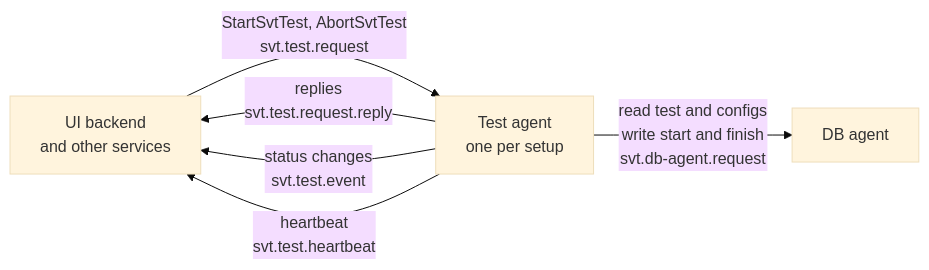
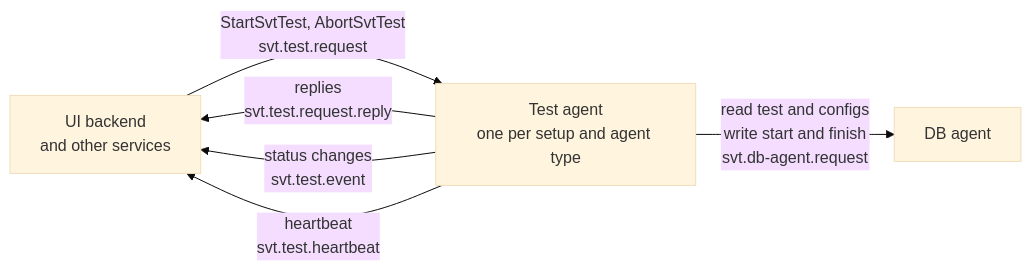
Before and after one commit to SVT-WP2/SVTSW: the first of 8 diagrams in svt-test-session-summary.md, drawn with Mermaid (base theme). The commit also changed other lines of this file and 4 other files, not shown here.

````diff
--- a/svt-test-session-summary.md
+++ b/svt-test-session-summary.md
@@ -50,11 +68,11 @@
 ```mermaid
 flowchart LR
     REQ["UI backend<br/>and other services"]
-    AG["Test agent<br/>one per setup"]
+    AG["Test agent<br/>one per setup and agent type"]
     DB["DB agent"]
     REQ -- "StartSvtTest, AbortSvtTest<br/>svt.test.request" --> AG
     AG -- "replies<br/>svt.test.request.reply" --> REQ
     AG -- "status changes<br/>svt.test.event" --> REQ
     AG -- "heartbeat<br/>svt.test.heartbeat" --> REQ
     AG -- "read test and configs<br/>write start and finish<br/>svt.db-agent.request" --> DB
 ```
````
